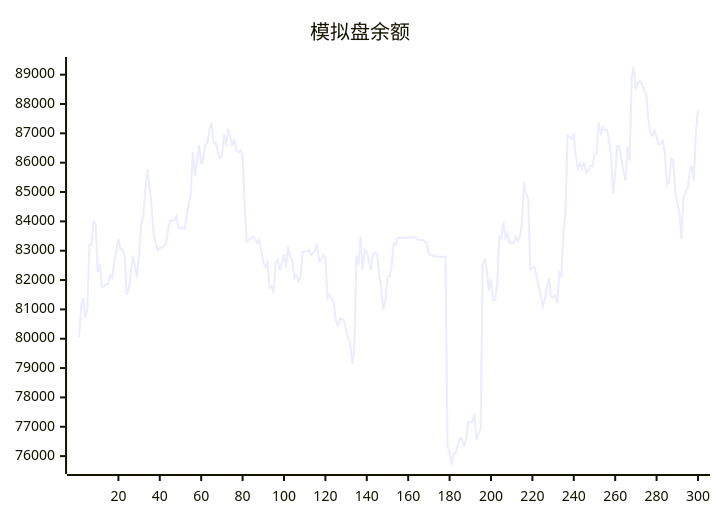
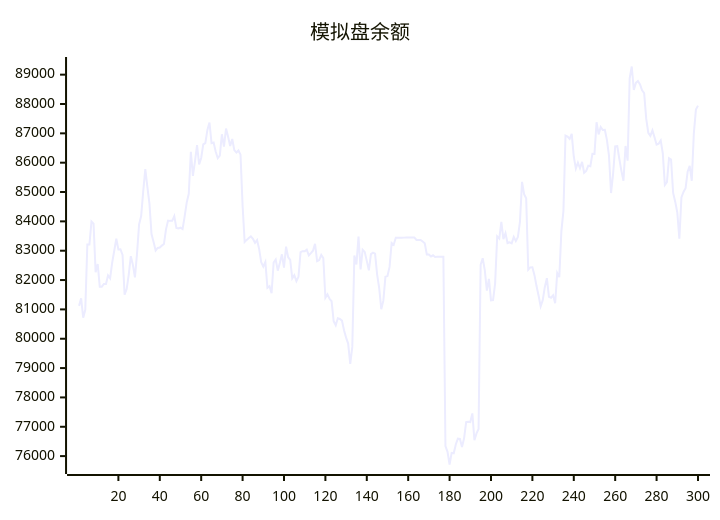
One commit to aahl/ai-trading changed the diagram in README.md. Above: the diagram before and after it, drawn with Mermaid. The commit also changed other lines of this file and 1 other file, not shown here.

````diff
--- a/README.md
+++ b/README.md
@@ -5,5 +5,5 @@
 ```mermaid
 xychart
     title "模拟盘余额"
-    line [80031,81120,81379,80718,80985,83214,83212,83993,83921,82270,82547,81776,81776,81866,81866,82158,82061,82596,83000,83408,83041,83050,82858,81503,81691,82188,82812,82517,82092,82901,83898,84180,85030,85781,85178,84604,83569,83298,83008,83093,83107,83175,83228,83729,84025,84017,84019,84177,83775,83762,83785,83738,84160,84639,84939,86370,85548,86046,86599,85942,86161,86622,86664,87115,87369,86666,86685,86384,86152,86243,86969,86548,87164,86885,86566,86809,86427,86348,86417,86273,84538,83299,83369,83430,83490,83404,83270,83362,83056,82605,82459,82614,81734,81788,81551,82598,82702,82320,82580,82878,82426,83139,82778,82686,82056,82166,81963,82110,82951,82983,82984,83038,82838,82915,82998,83235,82642,82682,82858,82746,81396,81512,81362,81277,80600,80461,80699,80673,80616,80288,80038,79836,79142,79722,82837,82533,83480,82366,83032,82960,82654,82330,82883,82934,82901,82188,81728,81005,81298,82110,82135,82449,83264,83203,83440,83439,83440,83440,83446,83447,83448,83447,83448,83449,83369,83369,83369,83313,83256,82872,82873,82801,82844,82785,82791,82791,82793,82794,76339,76145,75714,76110,76096,76397,76594,76585,76310,76607,77160,77170,77160,77456,76541,76774,76927,82520,82744,82337,81639,82040,81307,81314,81887,83490,83414,83984,83396,83594,83261,83287,83253,83470,83327,83465,83987,85348,84930,84786,82355,82433,82438,82167,81795,81466,81105,81315,81756,82064,81426,81398,81481,81210,82242,82099,83658,84359,86925,86892,86814,86980,86203,85802,86003,85811,86028,85657,85721,85896,85880,86300,86299,87378,86965,87214,87115,87118,86780,86238,84966,85623,86555,86562,86129,85722,85387,86569,86070,88870,89278,88477,88720,88781,88668,88467,88372,87493,87018,86917,87102,86870,86613,86644,86758,86317,85242,85334,86149,86106,84968,84671,84302,83410,84816,85001,85127,85693,85891,85384,87001,87811]
+    line [81120,81379,80718,80985,83214,83212,83993,83921,82270,82547,81776,81776,81866,81866,82158,82061,82596,83000,83408,83041,83050,82858,81503,81691,82188,82812,82517,82092,82901,83898,84180,85030,85781,85178,84604,83569,83298,83008,83093,83107,83175,83228,83729,84025,84017,84019,84177,83775,83762,83785,83738,84160,84639,84939,86370,85548,86046,86599,85942,86161,86622,86664,87115,87369,86666,86685,86384,86152,86243,86969,86548,87164,86885,86566,86809,86427,86348,86417,86273,84538,83299,83369,83430,83490,83404,83270,83362,83056,82605,82459,82614,81734,81788,81551,82598,82702,82320,82580,82878,82426,83139,82778,82686,82056,82166,81963,82110,82951,82983,82984,83038,82838,82915,82998,83235,82642,82682,82858,82746,81396,81512,81362,81277,80600,80461,80699,80673,80616,80288,80038,79836,79142,79722,82837,82533,83480,82366,83032,82960,82654,82330,82883,82934,82901,82188,81728,81005,81298,82110,82135,82449,83264,83203,83440,83439,83440,83440,83446,83447,83448,83447,83448,83449,83369,83369,83369,83313,83256,82872,82873,82801,82844,82785,82791,82791,82793,82794,76339,76145,75714,76110,76096,76397,76594,76585,76310,76607,77160,77170,77160,77456,76541,76774,76927,82520,82744,82337,81639,82040,81307,81314,81887,83490,83414,83984,83396,83594,83261,83287,83253,83470,83327,83465,83987,85348,84930,84786,82355,82433,82438,82167,81795,81466,81105,81315,81756,82064,81426,81398,81481,81210,82242,82099,83658,84359,86925,86892,86814,86980,86203,85802,86003,85811,86028,85657,85721,85896,85880,86300,86299,87378,86965,87214,87115,87118,86780,86238,84966,85623,86555,86562,86129,85722,85387,86569,86070,88870,89278,88477,88720,88781,88668,88467,88372,87493,87018,86917,87102,86870,86613,86644,86758,86317,85242,85334,86149,86106,84968,84671,84302,83410,84816,85001,85127,85693,85891,85384,87001,87811,87945]
 ```
````
